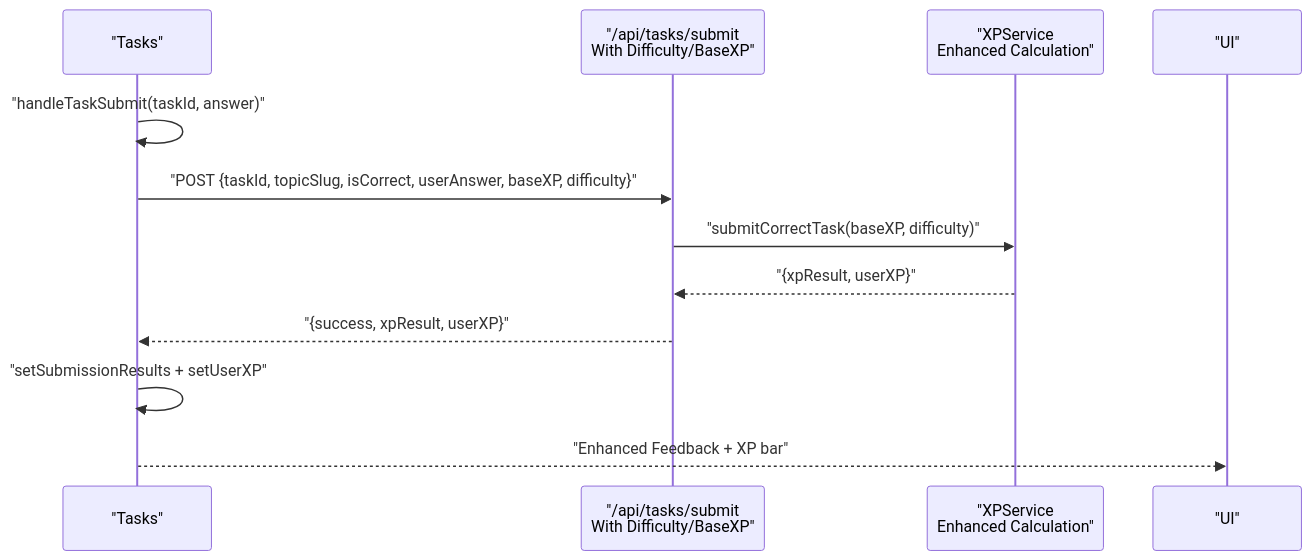
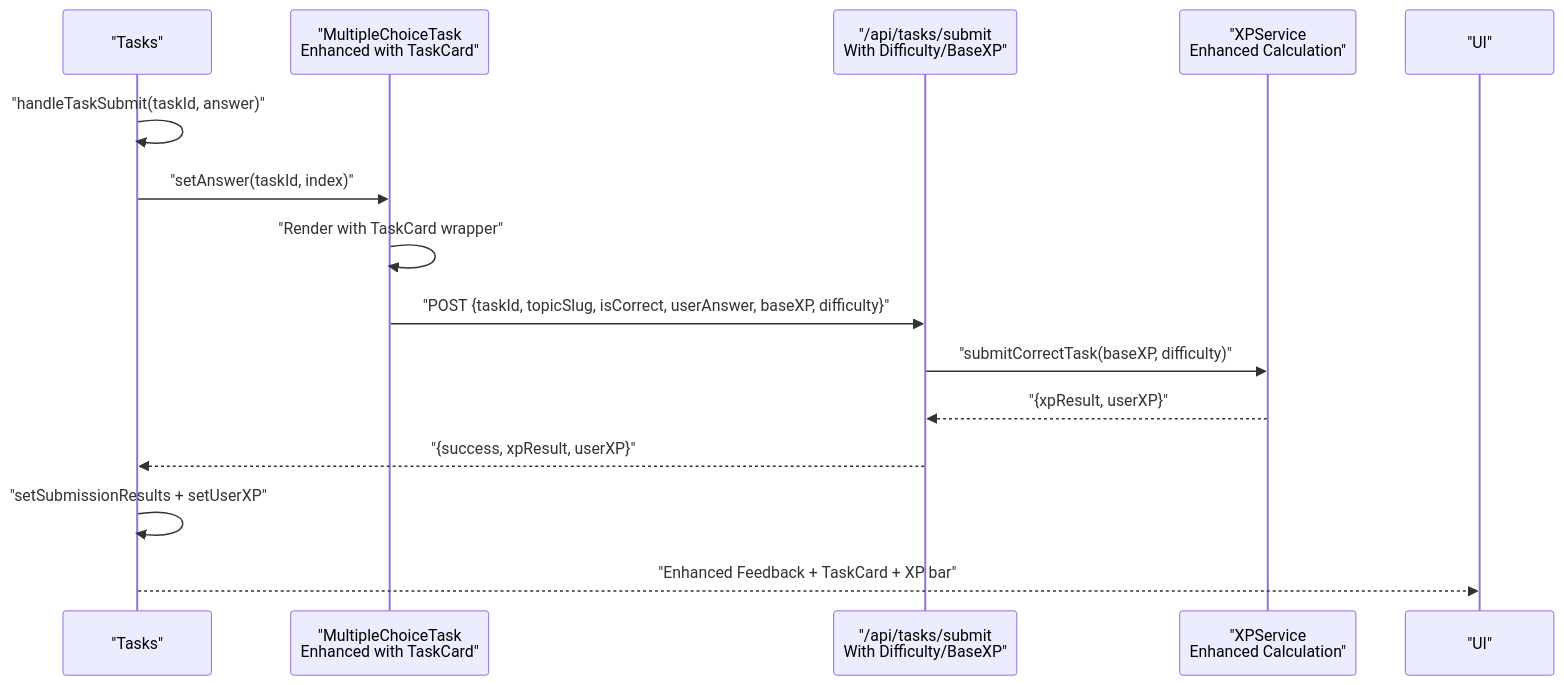
Before and after one commit to AlexKutz/math-app-next-js: the fourth of 5 diagrams in .qoder/repowiki/en/content/Core Features/Learning Interface/Multiple Choice Tasks.md, drawn with Mermaid. The commit also changed other lines of this file and 125 other files, not shown here.

````diff
--- a/.qoder/repowiki/en/content/Core Features/Learning Interface/Multiple Choice Tasks.md
+++ b/.qoder/repowiki/en/content/Core Features/Learning Interface/Multiple Choice Tasks.md
@@ -261,14 +307,17 @@
 ```mermaid
 sequenceDiagram
 participant TS as "Tasks"
+participant MC as "MultipleChoiceTask<br/>Enhanced with TaskCard"
 participant API as "/api/tasks/submit<br/>With Difficulty/BaseXP"
 participant SVC as "XPService<br/>Enhanced Calculation"
 participant UI as "UI"
 TS->>TS : "handleTaskSubmit(taskId, answer)"
-TS->>API : "POST {taskId, topicSlug, isCorrect, userAnswer, baseXP, difficulty}"
+TS->>MC : "setAnswer(taskId, index)"
+MC->>MC : "Render with TaskCard wrapper"
+MC->>API : "POST {taskId, topicSlug, isCorrect, userAnswer, baseXP, difficulty}"
 API->>SVC : "submitCorrectTask(baseXP, difficulty)"
 SVC-->>API : "{xpResult, userXP}"
 API-->>TS : "{success, xpResult, userXP}"
 TS->>TS : "setSubmissionResults + setUserXP"
-TS-->>UI : "Enhanced Feedback + XP bar"
+TS-->>UI : "Enhanced Feedback + TaskCard + XP bar"
 ```
````
